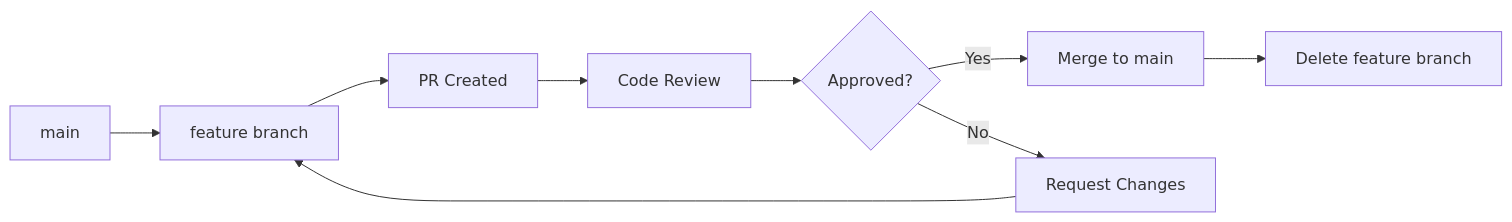
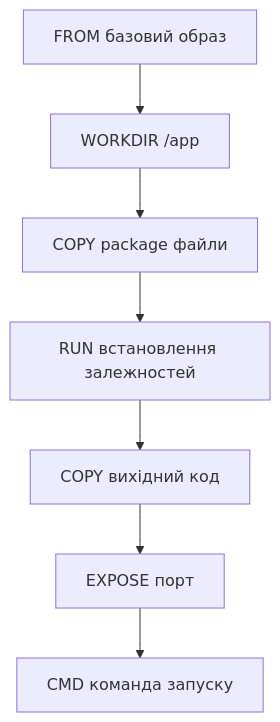
The diagram in labs/lab-03.md (olroi421/course-devops), drawn with Mermaid before and after one commit. The commit also changed other lines of this file, not shown here.

````diff
--- a/labs/lab-03.md
+++ b/labs/lab-03.md
@@ -270,11 +98,9 @@
 ```mermaid
-graph LR
-   A[main] --> B[feature branch]
-   B --> C[PR Created]
-   C --> D[Code Review]
-   D --> E{Approved?}
-   E -->|Yes| F[Merge to main]
-   E -->|No| G[Request Changes]
-   G --> B
-   F --> H[Delete feature branch]
+graph TD
+    A[FROM базовий образ] --> B[WORKDIR /app]
+    B --> C[COPY package файли]
+    C --> D[RUN встановлення залежностей]
+    D --> E[COPY вихідний код]
+    E --> F[EXPOSE порт]
+    F --> G[CMD команда запуску]
 ```
````
